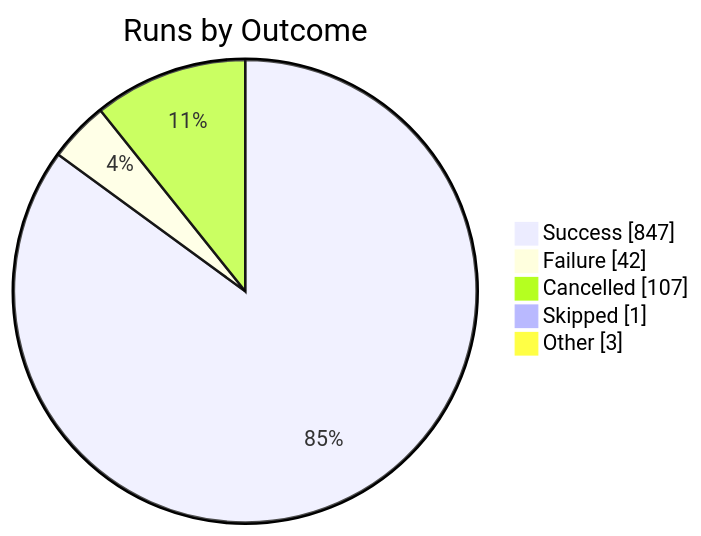
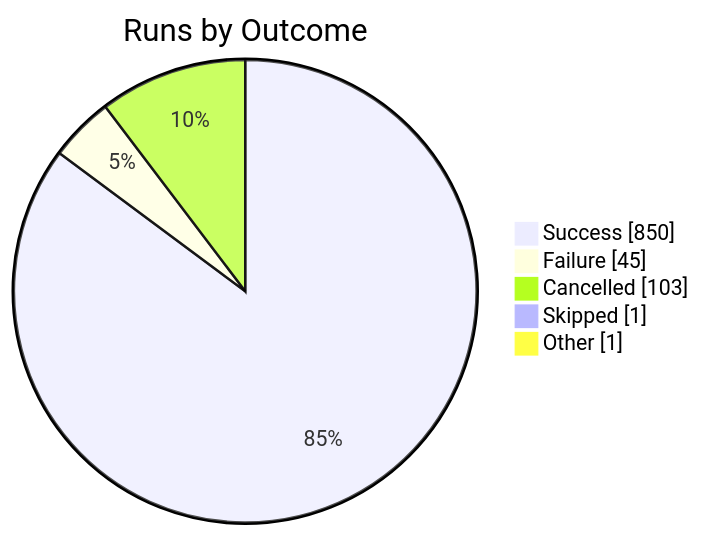
Before and after one commit to KBVE/kbve: the first of 2 diagrams in apps/kbve/astro-kbve/src/content/docs/dashboard/ci-health.mdx, drawn with Mermaid. The commit also changed other lines of this file and 1 other file, not shown here.

````diff
--- a/apps/kbve/astro-kbve/src/content/docs/dashboard/ci-health.mdx
+++ b/apps/kbve/astro-kbve/src/content/docs/dashboard/ci-health.mdx
@@ -189,9 +189,9 @@
 ```mermaid
 pie showData
     title Runs by Outcome
-    "Success" : 847
-    "Failure" : 42
-    "Cancelled" : 107
+    "Success" : 850
+    "Failure" : 45
+    "Cancelled" : 103
     "Skipped" : 1
-    "Other" : 3
+    "Other" : 1
 ```
````
